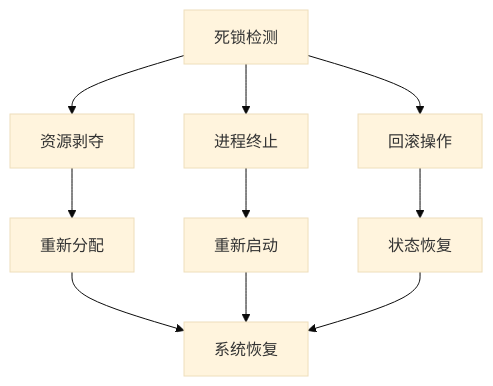
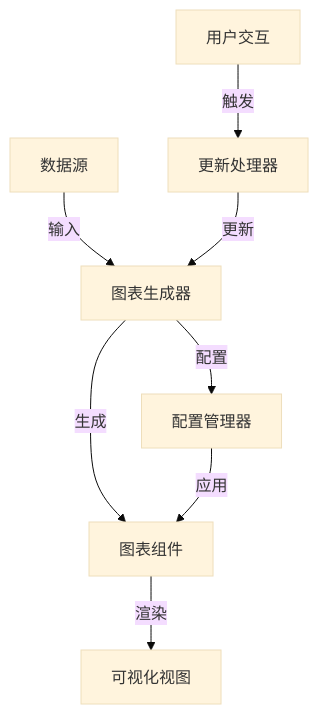
Diagram 18 of 18 in analysis/1-形式化理论/1.4-Petri网与分布式系统/1.4.6-图表与多表征.md (AdaMartin18010/Lean), drawn with Mermaid (base theme) before and after one commit. The commit also changed other lines of this file and 24 other files, not shown here.

````diff
--- a/analysis/1-形式化理论/1.4-Petri网与分布式系统/1.4.6-图表与多表征.md
+++ b/analysis/1-形式化理论/1.4-Petri网与分布式系统/1.4.6-图表与多表征.md
@@ -182,14 +740,12 @@
 ```mermaid
-graph TD
-  A[死锁检测] --> B[资源剥夺]
-  A --> C[进程终止]
-  A --> D[回滚操作]
+graph TB
+  D[数据源] -->|输入| P[图表生成器]
+  P -->|生成| C[图表组件]
+  C -->|渲染| V[可视化视图]
   
-  B --> E[重新分配]
-  C --> F[重新启动]
-  D --> G[状态恢复]
+  U[用户交互] -->|触发| UH[更新处理器]
+  UH -->|更新| P
   
-  E --> H[系统恢复]
-  F --> H
-  G --> H
+  P -->|配置| CF[配置管理器]
+  CF -->|应用| C
 ```
````
